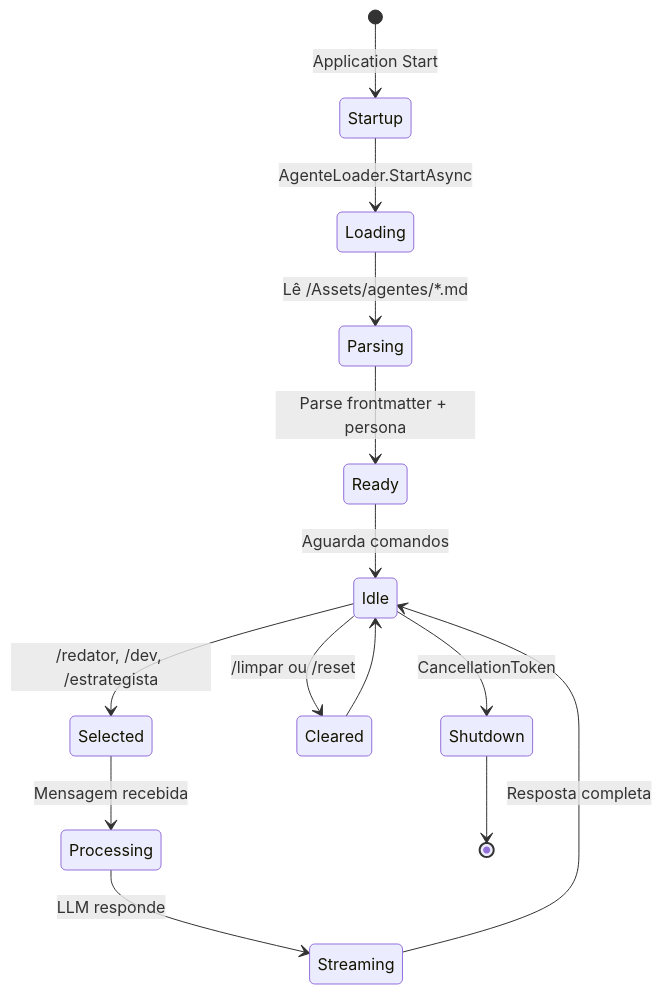
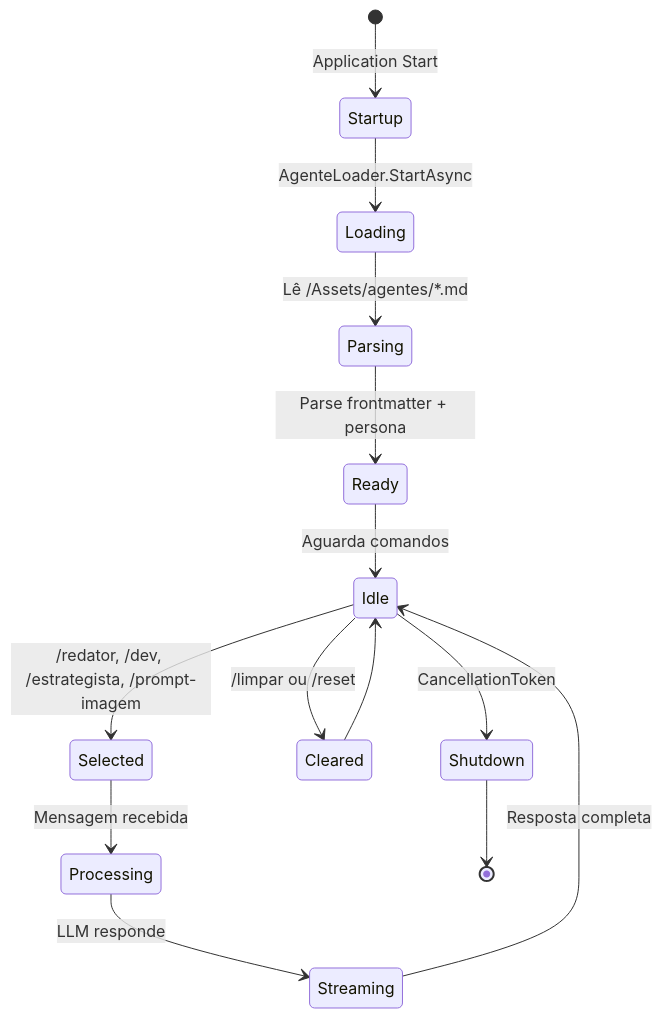
Before and after one commit to joaopedro-marques/suspira.fluxo.demo: diagram 12 of 16 in docs/ARCHITECTURE.md, drawn with Mermaid. The commit also changed other lines of this file, not shown here.

Commit message:
docs: reescrever ARCHITECTURE.md refletindo loop de orquestracao atual

````diff
--- a/docs/ARCHITECTURE.md
+++ b/docs/ARCHITECTURE.md
@@ -445,19 +468,19 @@
 ```mermaid
 stateDiagram-v2
     [*] --> Startup: Application Start
     Startup --> Loading: AgenteLoader.StartAsync
     Loading --> Parsing: Lê /Assets/agentes/*.md
     Parsing --> Ready: Parse frontmatter + persona
     Ready --> Idle: Aguarda comandos
     
-    Idle --> Selected: /redator, /dev, /estrategista
+    Idle --> Selected: /redator, /dev, /estrategista, /prompt-imagem
     Selected --> Processing: Mensagem recebida
     Processing --> Streaming: LLM responde
     Streaming --> Idle: Resposta completa
     
     Idle --> Cleared: /limpar ou /reset
     Cleared --> Idle
     
     Idle --> Shutdown: CancellationToken
     Shutdown --> [*]
 ```
````
